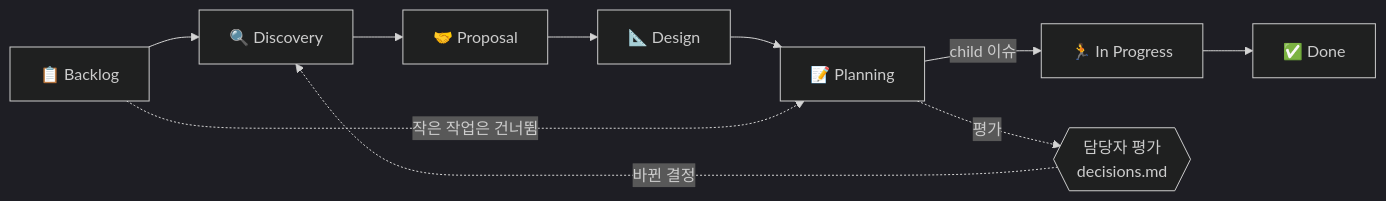
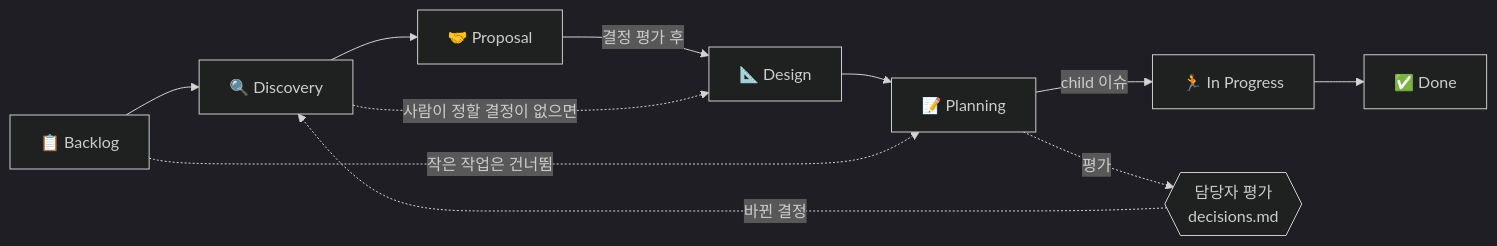
Before and after one commit to JongWoong88/workbench-engine: the second of 2 diagrams in README.md, drawn with Mermaid (dark theme). The commit also changed other lines of this file and 9 other files, not shown here.

````diff
--- a/README.md
+++ b/README.md
@@ -107,12 +107,13 @@
 ```mermaid
 flowchart LR
   B[📋 Backlog] --> D[🔍 Discovery]
   D --> P[🤝 Proposal]
-  P --> S[📐 Design]
+  P -->|결정 평가 후| S[📐 Design]
+  D -. 사람이 정할 결정이 없으면 .-> S
   S --> L[📝 Planning]
   B -. 작은 작업은 건너뜀 .-> L
   L -->|child 이슈| I[🏃 In Progress]
   I --> X[✅ Done]
   L -. 평가 .-> E{{담당자 평가<br>decisions.md}}
   E -. 바뀐 결정 .-> D
 ```
````
